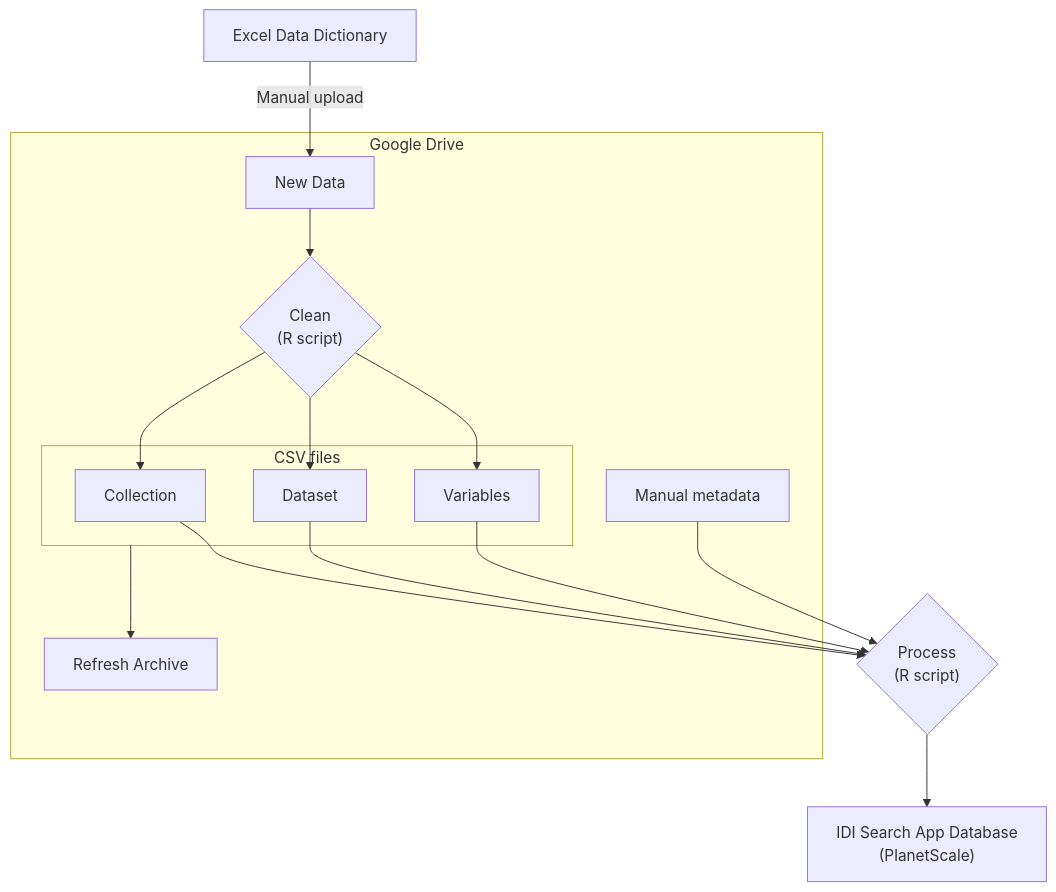
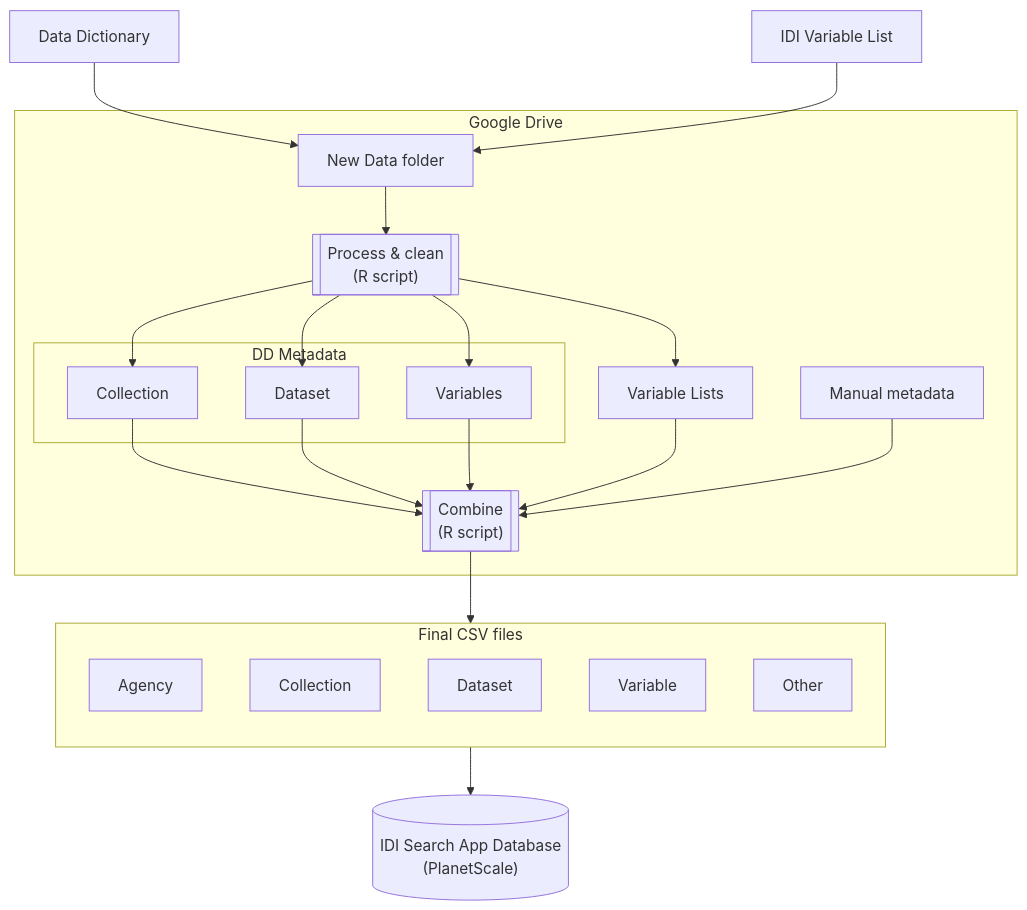
The diagram in data/data_flow.md (tmelliott/idi-search-app), drawn with Mermaid before and after one commit.

````diff
--- a/data/data_flow.md
+++ b/data/data_flow.md
@@ -6,21 +6,33 @@
 ```mermaid
 flowchart TD
-    dict[Excel Data Dictionary]
-    new[New Data]
-    live["IDI Search App Database\n(PlanetScale)"]
+    dict[Data Dictionary]
+    rawvars[IDI Variable List]
+    new[New Data folder]
+    live[("IDI Search App Database\n(PlanetScale)")]
 
-    dict -->|Manual upload| new
+    dict --> new
+    rawvars --> new
     subgraph gdrive[Google Drive]
-    new --> R1{"Clean\n(R script)"}
-    R1 --> collection & dataset & variables
-    subgraph csv[CSV files]
+    new --> R1[["Process & clean\n(R script)"]]
+    R1 --> collection & dataset & variables & vars
+    subgraph meta[DD Metadata]
         collection[Collection]
         dataset[Dataset]
         variables[Variables]
     end
-    csv --> archive[Refresh Archive]
+    vars[Variable Lists]
+    collection & dataset & variables & vars & extra --> R2
     extra[Manual metadata]
     end gdrive[Google Drive]
-    collection & dataset & variables & extra --> R2{"Process\n(R script)"}
-    R2 -->live
+    R2[["Combine\n(R script)"]]
+    subgraph final[Final CSV files]
+      direction TB
+      Agency
+      Collection
+      Dataset
+      Variable
+      Other
+    end
+    R2-->final
+    final -->live
 ```
````
